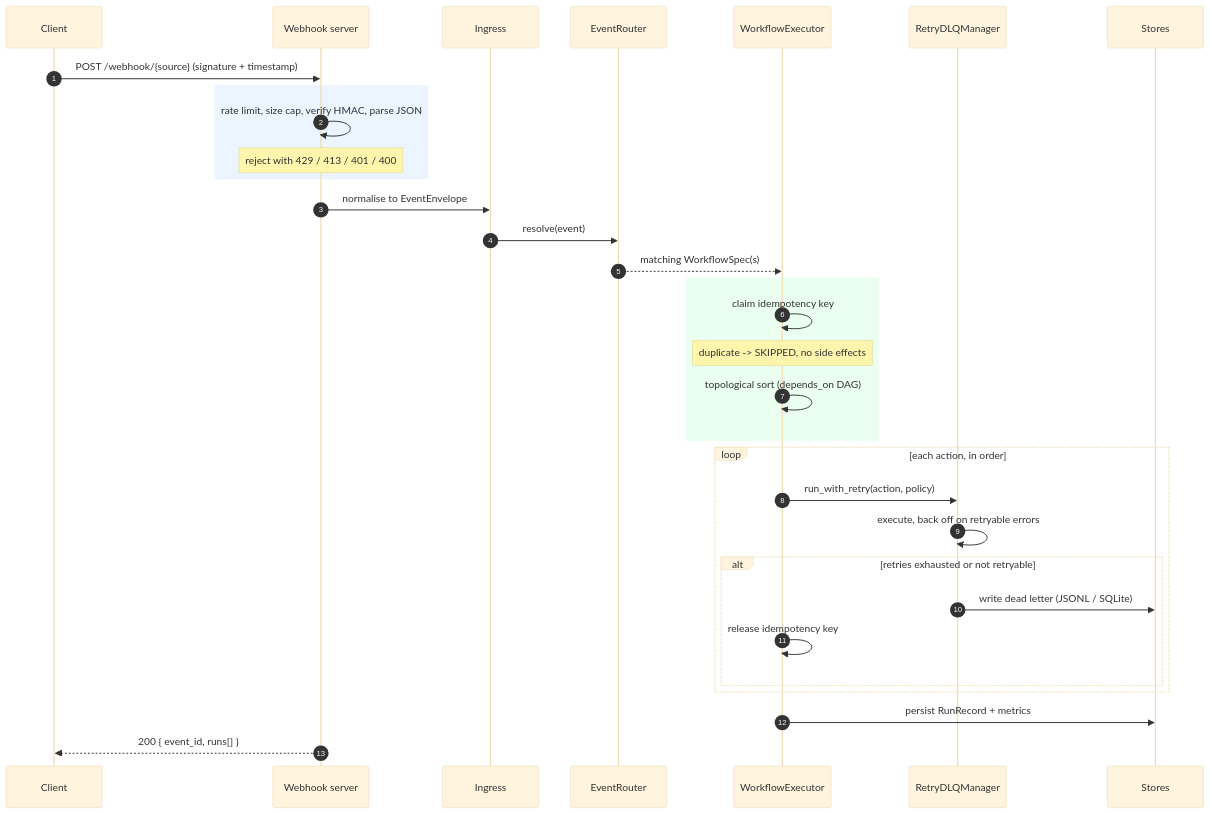
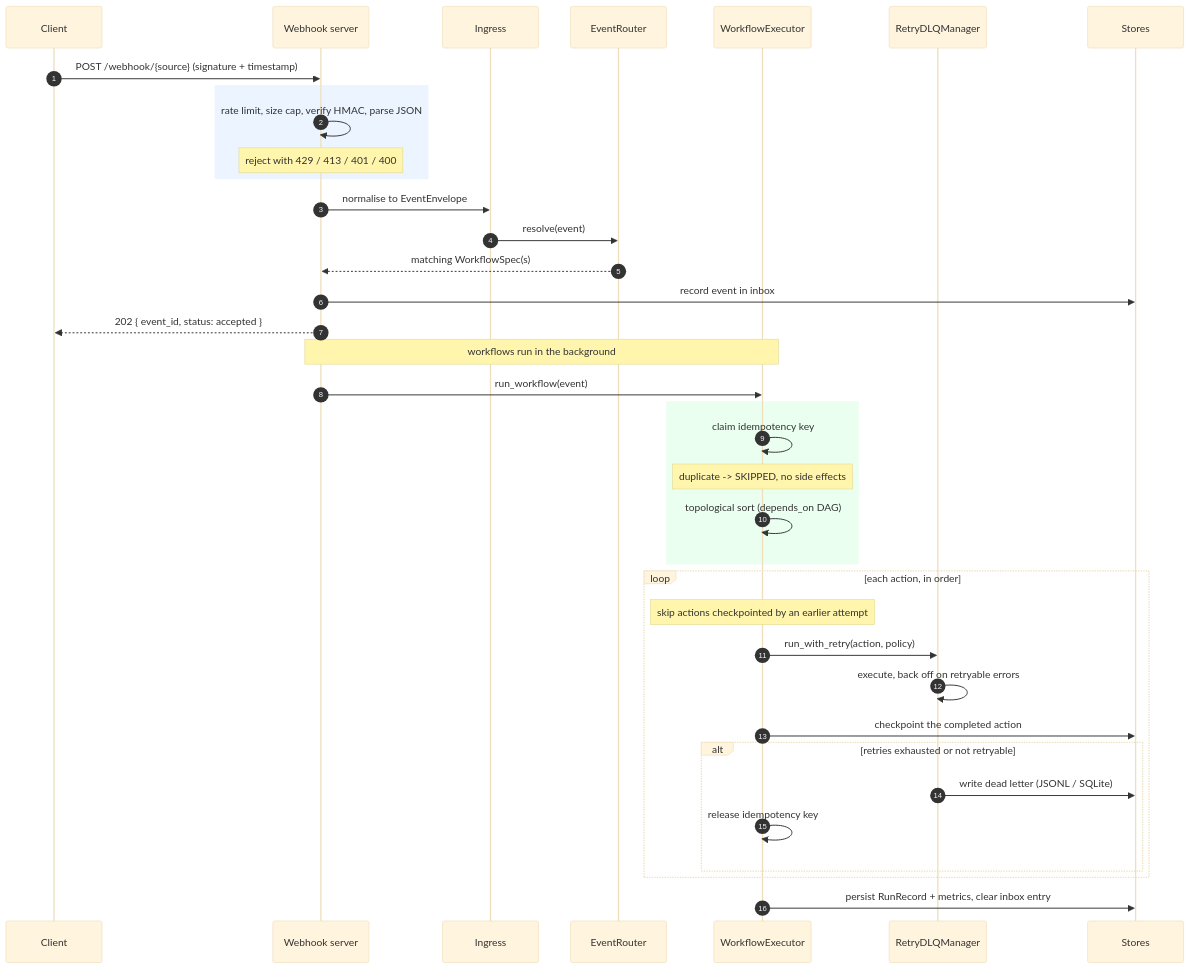
The second of 2 diagrams in README.md (AshraHossain/event-triggered-automation-agent), drawn with Mermaid (base theme) before and after one commit. The commit also changed other lines of this file and 5 other files, not shown here.

````diff
--- a/README.md
+++ b/README.md
@@ -62,35 +63,40 @@
 ```mermaid
 sequenceDiagram
     autonumber
     participant C as Client
     participant S as Webhook server
     participant I as Ingress
     participant R as EventRouter
     participant X as WorkflowExecutor
     participant D as RetryDLQManager
     participant O as Stores
 
     C->>S: POST /webhook/{source} (signature + timestamp)
     rect rgb(235,244,255)
         S->>S: rate limit, size cap, verify HMAC, parse JSON
         Note over S: reject with 429 / 413 / 401 / 400
     end
     S->>I: normalise to EventEnvelope
     I->>R: resolve(event)
-    R-->>X: matching WorkflowSpec(s)
+    R-->>S: matching WorkflowSpec(s)
+    S->>O: record event in inbox
+    S-->>C: 202 { event_id, status: accepted }
+    Note over S,X: workflows run in the background
+    S->>X: run_workflow(event)
     rect rgb(235,255,240)
         X->>X: claim idempotency key
         Note over X: duplicate -> SKIPPED, no side effects
         X->>X: topological sort (depends_on DAG)
     end
     loop each action, in order
+        Note over X: skip actions checkpointed by an earlier attempt
         X->>D: run_with_retry(action, policy)
         D->>D: execute, back off on retryable errors
+        X->>O: checkpoint the completed action
         alt retries exhausted or not retryable
             D->>O: write dead letter (JSONL / SQLite)
             X->>X: release idempotency key
         end
     end
-    X->>O: persist RunRecord + metrics
-    S-->>C: 200 { event_id, runs[] }
+    X->>O: persist RunRecord + metrics, clear inbox entry
 ```
````
